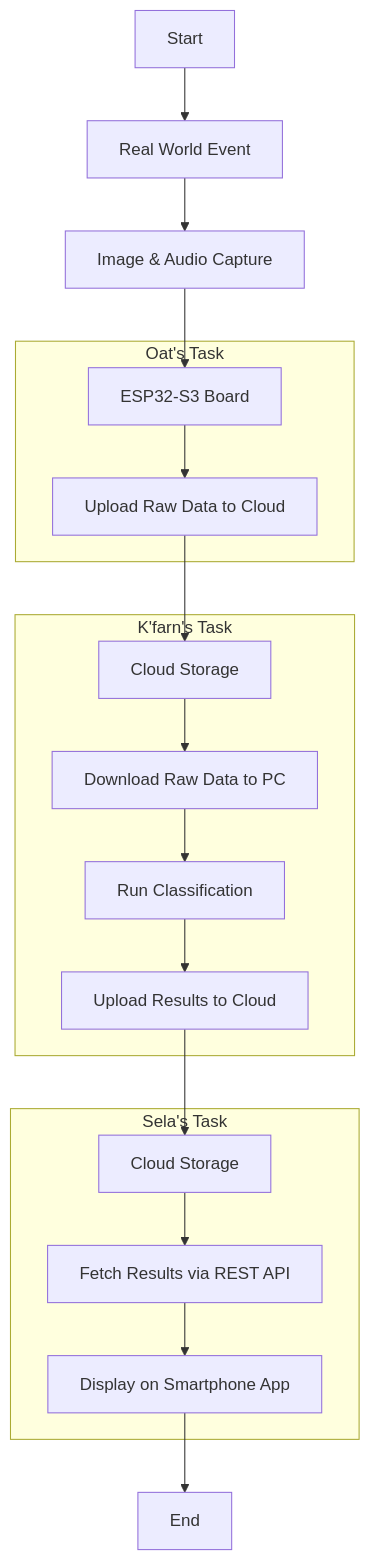
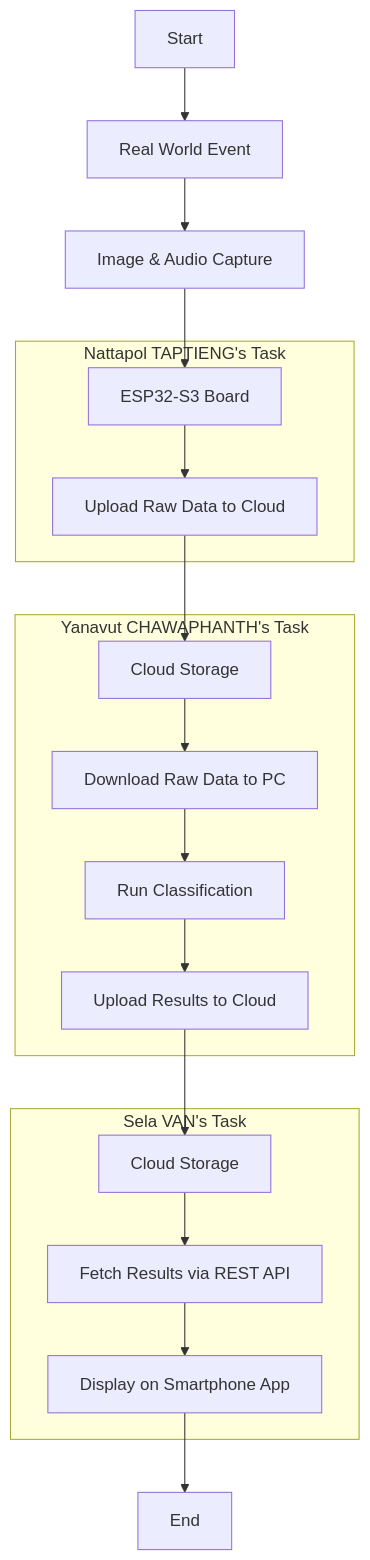
The diagram in README.md (selavan/ict720_software_2025_TBD), drawn with Mermaid before and after one commit.

````diff
--- a/README.md
+++ b/README.md
@@ -15,27 +15,27 @@
 ```mermaid
 graph TD
     Start[Start] --> RealWorld[Real World Event]
     RealWorld --> Data[Image & Audio Capture]
 
     Data --> ESP32[ESP32-S3 Board]
-    subgraph Oat's Task
+    subgraph Nattapol TAPTIENG's Task
         ESP32 --> CloudUpload[Upload Raw Data to Cloud]
     end
 
     CloudUpload --> CloudStorage[Cloud Storage]
 
-    subgraph K'farn's Task
+    subgraph Yanavut CHAWAPHANTH's Task
         CloudStorage --> PCDownload[Download Raw Data to PC]
         PCDownload --> Classification[Run Classification]
         Classification --> CloudUploadResult[Upload Results to Cloud]
     end
 
     CloudUploadResult --> CloudStorage2[Cloud Storage]
 
-    subgraph Sela's Task
+    subgraph Sela VAN's Task
         CloudStorage2 --> App[Fetch Results via REST API]
         App --> Smartphone[Display on Smartphone App]
     end
 
     Smartphone --> End[End]
 ```
````
